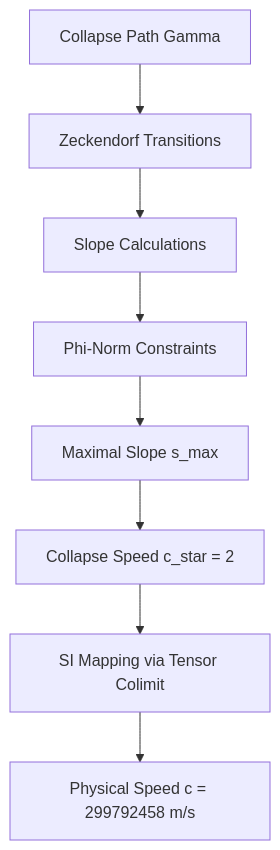
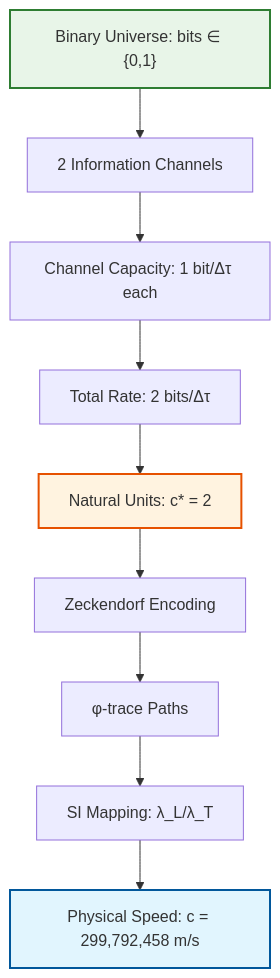
One commit to loning/the-phys changed the first of 2 diagrams in docs/psi-constants/part-01-structural-collapse-limits/chapter-002-phi-trace-collapse-speed-limit.md. Above: the diagram before and after it, drawn with Mermaid. The commit also changed other lines of this file and 3 other files, not shown here.

````diff
--- a/docs/psi-constants/part-01-structural-collapse-limits/chapter-002-phi-trace-collapse-speed-limit.md
+++ b/docs/psi-constants/part-01-structural-collapse-limits/chapter-002-phi-trace-collapse-speed-limit.md
@@ -82,10 +102,15 @@
 ```mermaid
 graph TD
-    A[Collapse Path Gamma] --> B[Zeckendorf Transitions]
-    B --> C[Slope Calculations]
-    C --> D[Phi-Norm Constraints]
-    D --> E[Maximal Slope s_max]
-    E --> F[Collapse Speed c_star = 2]
-    F --> G[SI Mapping via Tensor Colimit]
-    G --> H[Physical Speed c = 299792458 m/s]
+    A["Binary Universe: bits ∈ {0,1}"] --> B[2 Information Channels]
+    B --> C[Channel Capacity: 1 bit/Δτ each]
+    C --> D[Total Rate: 2 bits/Δτ]
+    D --> E[Natural Units: c* = 2]
+    E --> F[Zeckendorf Encoding]
+    F --> G[φ-trace Paths]
+    G --> H[SI Mapping: λ_L/λ_T]
+    H --> I[Physical Speed: c = 299,792,458 m/s]
+    
+    style A fill:#e8f5e8,stroke:#2e7d32,stroke-width:2px
+    style E fill:#fff3e0,stroke:#e65100,stroke-width:2px
+    style I fill:#e1f5fe,stroke:#01579b,stroke-width:2px
 ```
````
